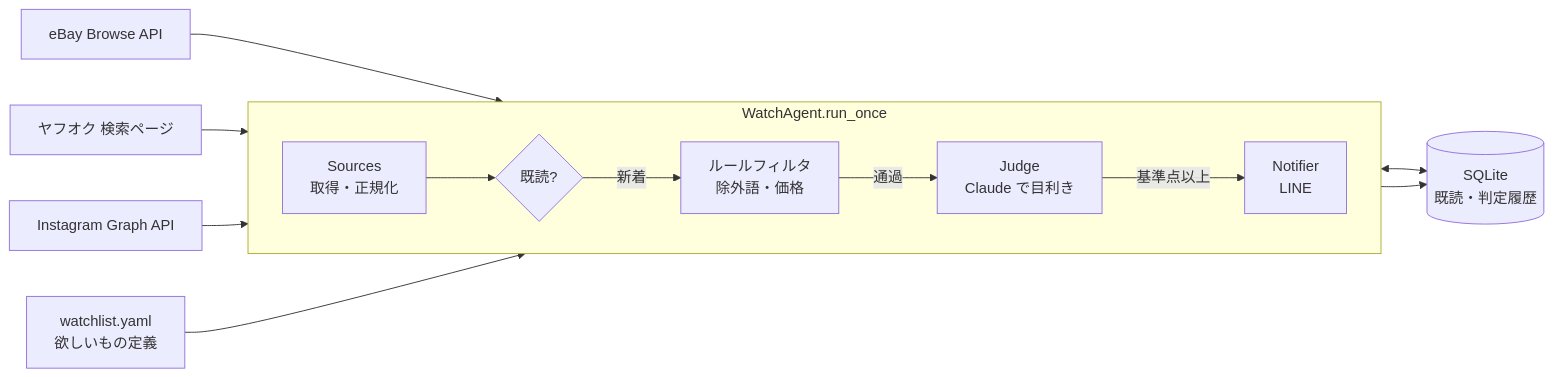
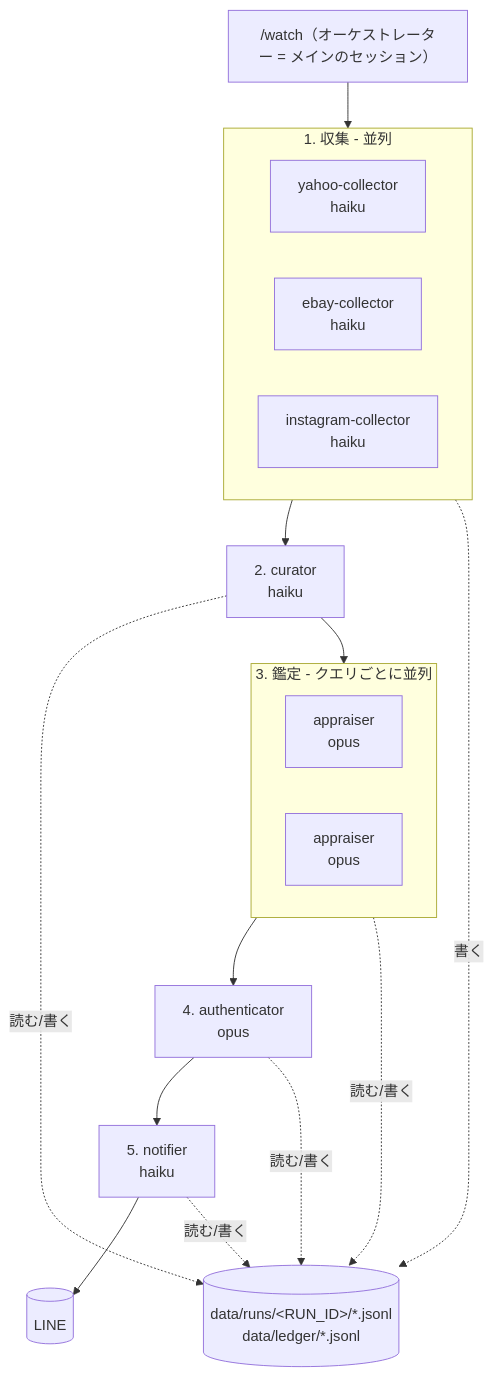
The diagram in README.md (kan1114/vintage_clothing_search), drawn with Mermaid before and after one commit. The commit also changed other lines of this file and 45 other files, not shown here.

First line of the commit message:
Redesign as a Claude Code multi-agent system under .claude/

````diff
--- a/README.md
+++ b/README.md
@@ -32,18 +36,27 @@
 ```mermaid
-flowchart LR
-    W[watchlist.yaml<br/>欲しいもの定義] --> A
+flowchart TB
+    U["/watch（オーケストレーター = メインのセッション）"]
 
-    subgraph A[WatchAgent.run_once]
-        direction LR
-        S[Sources<br/>取得・正規化] --> D{既読?}
-        D -- 新着 --> F[ルールフィルタ<br/>除外語・価格]
-        F -- 通過 --> J[Judge<br/>Claude で目利き]
-        J -- 基準点以上 --> N[Notifier<br/>LINE]
+    subgraph C[1. 収集 - 並列]
+        Y[yahoo-collector<br/>haiku]
+        E[ebay-collector<br/>haiku]
+        I[instagram-collector<br/>haiku]
     end
+    CU[2. curator<br/>haiku]
+    subgraph A[3. 鑑定 - クエリごとに並列]
+        A1[appraiser<br/>opus]
+        A2[appraiser<br/>opus]
+    end
+    AU[4. authenticator<br/>opus]
+    N[5. notifier<br/>haiku]
 
-    E[eBay Browse API] --> S
-    Y[ヤフオク 検索ページ] --> S
-    I[Instagram Graph API] --> S
-    D <--> DB[(SQLite<br/>既読・判定履歴)]
-    J --> DB
+    U --> C --> CU --> A --> AU --> N
+    N --> LINE[(LINE)]
+
+    FS[("data/runs/&lt;RUN_ID&gt;/*.jsonl<br/>data/ledger/*.jsonl")]
+    C -. 書く .-> FS
+    CU -. 読む/書く .-> FS
+    A -. 読む/書く .-> FS
+    AU -. 読む/書く .-> FS
+    N -. 読む/書く .-> FS
 ```
````
